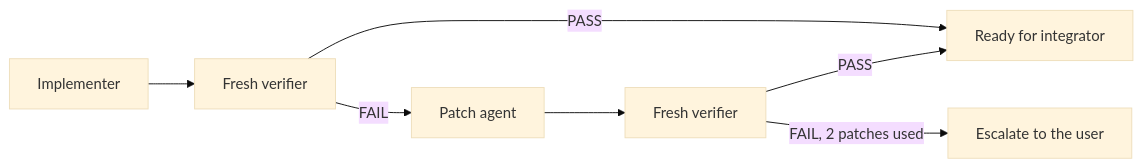
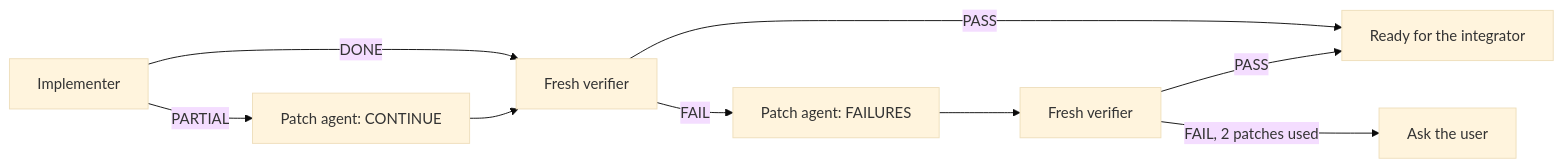
Before and after one commit to wbEAWPV/AFW360_Glance: the second of 2 diagrams in .docs/transition/plan.qmd, drawn with Mermaid (base theme). The commit also changed other lines of this file and 49 other files, not shown here.

````diff
--- a/.docs/transition/plan.qmd
+++ b/.docs/transition/plan.qmd
@@ -216,9 +253,9 @@
 ```{mermaid}
 flowchart LR
-  I[Implementer] --> V[Fresh verifier]
-  V -->|PASS| R[Ready for integrator]
-  V -->|FAIL| P[Patch agent]
-  P --> V2[Fresh verifier]
+  I[Implementer] -->|DONE| V[Fresh verifier]
+  I -->|PARTIAL| C[Patch agent: CONTINUE] --> V
+  V -->|PASS| R[Ready for the integrator]
+  V -->|FAIL| P[Patch agent: FAILURES] --> V2[Fresh verifier]
   V2 -->|PASS| R
-  V2 -->|FAIL, 2 patches used| U[Escalate to the user]
+  V2 -->|FAIL, 2 patches used| U[Ask the user]
 ```
````
